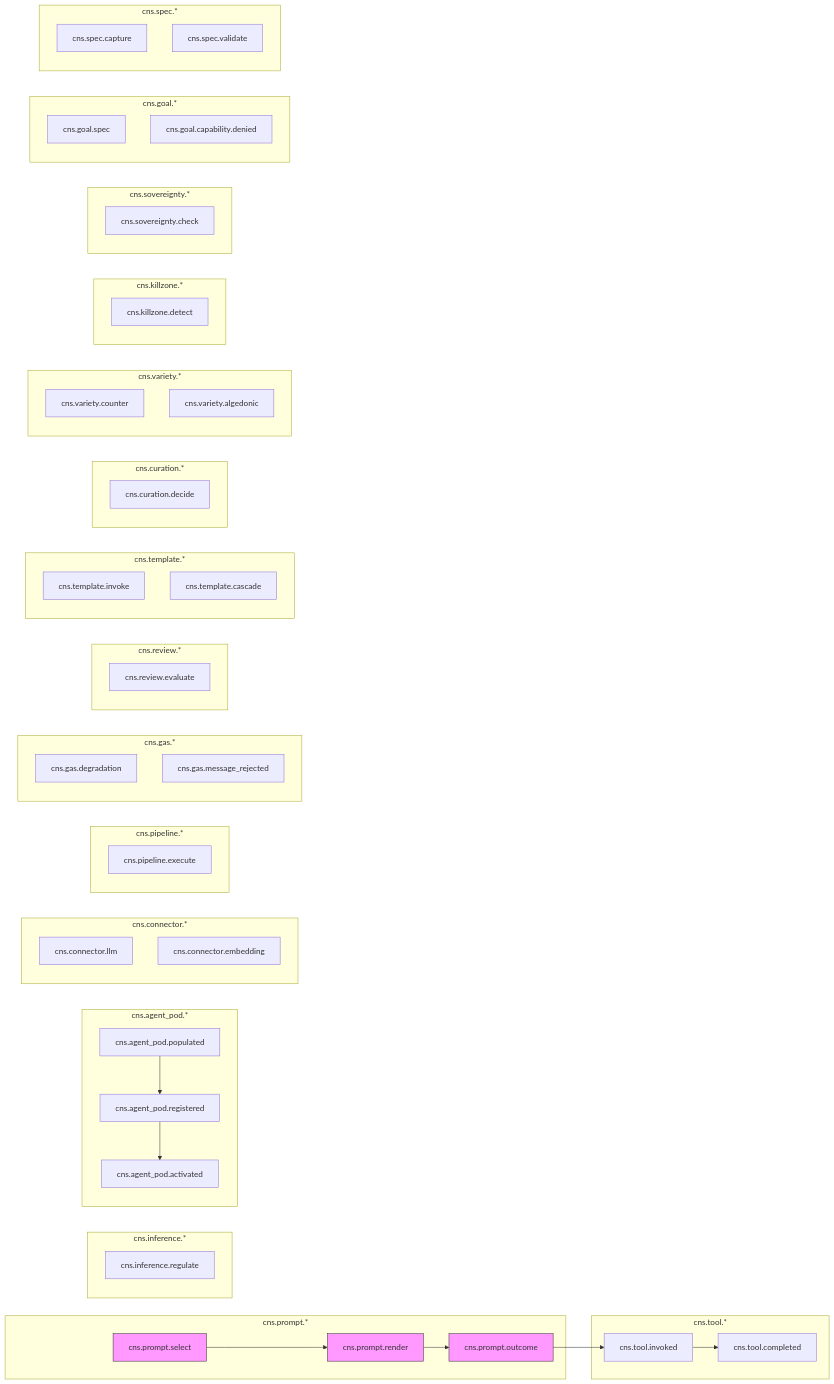
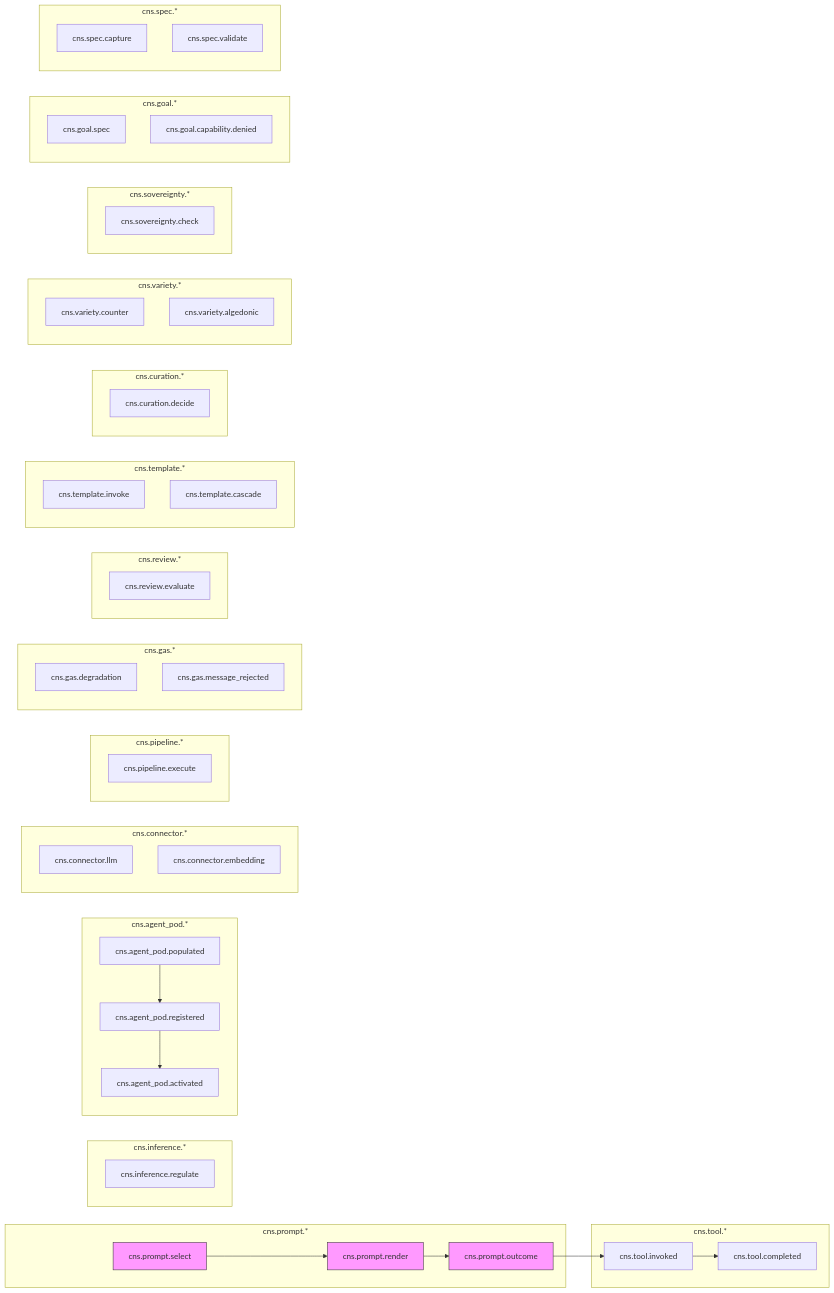
Before and after one commit to mdz-axo/hKask: the fifth of 6 diagrams in docs/architecture/reference/hKask-erd.md, drawn with Mermaid. The commit also changed 14 other files, not shown here.

```diff
--- a/docs/architecture/reference/hKask-erd.md
+++ b/docs/architecture/reference/hKask-erd.md
@@ -342,10 +342,6 @@
             CALG[cns.variety.algedonic]
         end
         
-        subgraph "cns.killzone.*"
-            CKZ[cns.killzone.detect]
-        end
-        
         subgraph "cns.sovereignty.*"
             CSOV[cns.sovereignty.check]
         end
```
